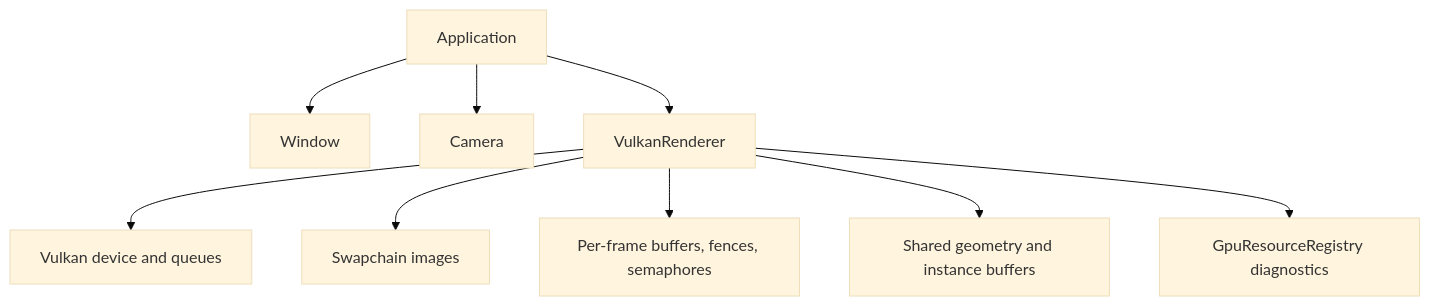
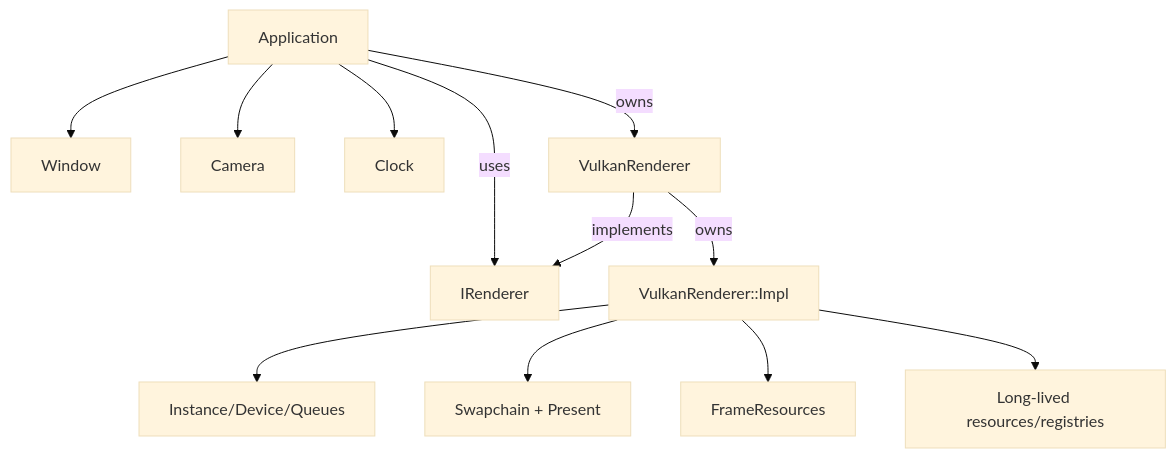
One commit to ck0i/VolkEngine changed the diagram in docs/topics/architecture.md. Above: the diagram before and after it, drawn with Mermaid (base theme). The commit also changed other lines of this file and 11 other files, not shown here.

Commit message:
docs: fix docs for split vulkan renderer

````diff
--- a/docs/topics/architecture.md
+++ b/docs/topics/architecture.md
@@ -18,11 +21,14 @@
 ```mermaid
 graph TD
     App[Application] --> Window[Window]
     App --> Camera[Camera]
-    App --> Renderer[VulkanRenderer]
-    Renderer --> Device[Vulkan device and queues]
-    Renderer --> Swapchain[Swapchain images]
-    Renderer --> FrameResources[Per-frame buffers, fences, semaphores]
-    Renderer --> SceneBuffers[Shared geometry and instance buffers]
-    Renderer --> Registry[GpuResourceRegistry diagnostics]
+    App --> Clock[Clock]
+    App -->|owns| Renderer[VulkanRenderer]
+    App -->|uses| IRenderer[IRenderer]
+    Renderer -->|implements| IRenderer
+    Renderer -->|owns| Impl[VulkanRenderer::Impl]
+    Impl --> Instance[Instance/Device/Queues]
+    Impl --> Swapchain[Swapchain + Present]
+    Impl --> Frame[FrameResources]
+    Impl --> Resources[Long-lived resources/registries]
 ```
````
